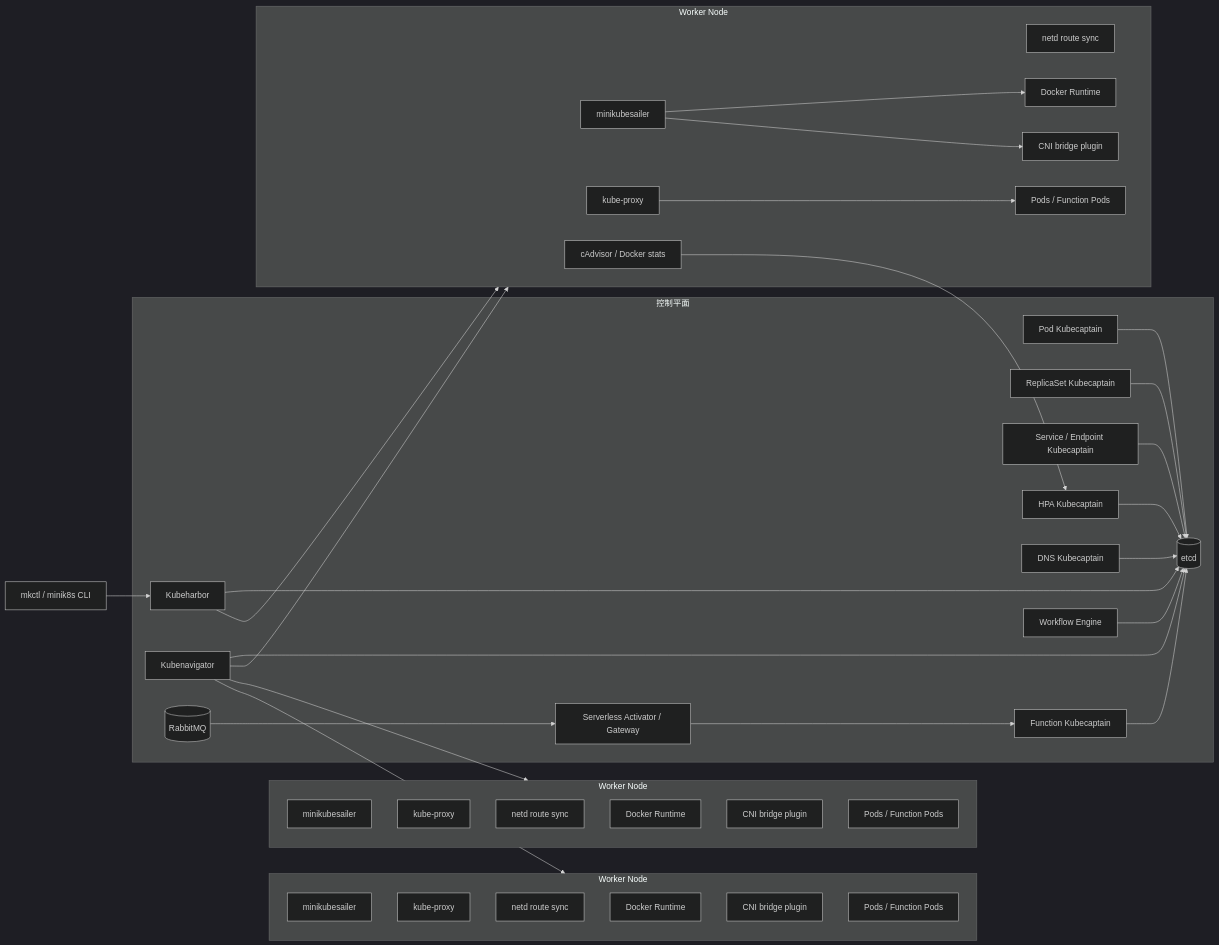
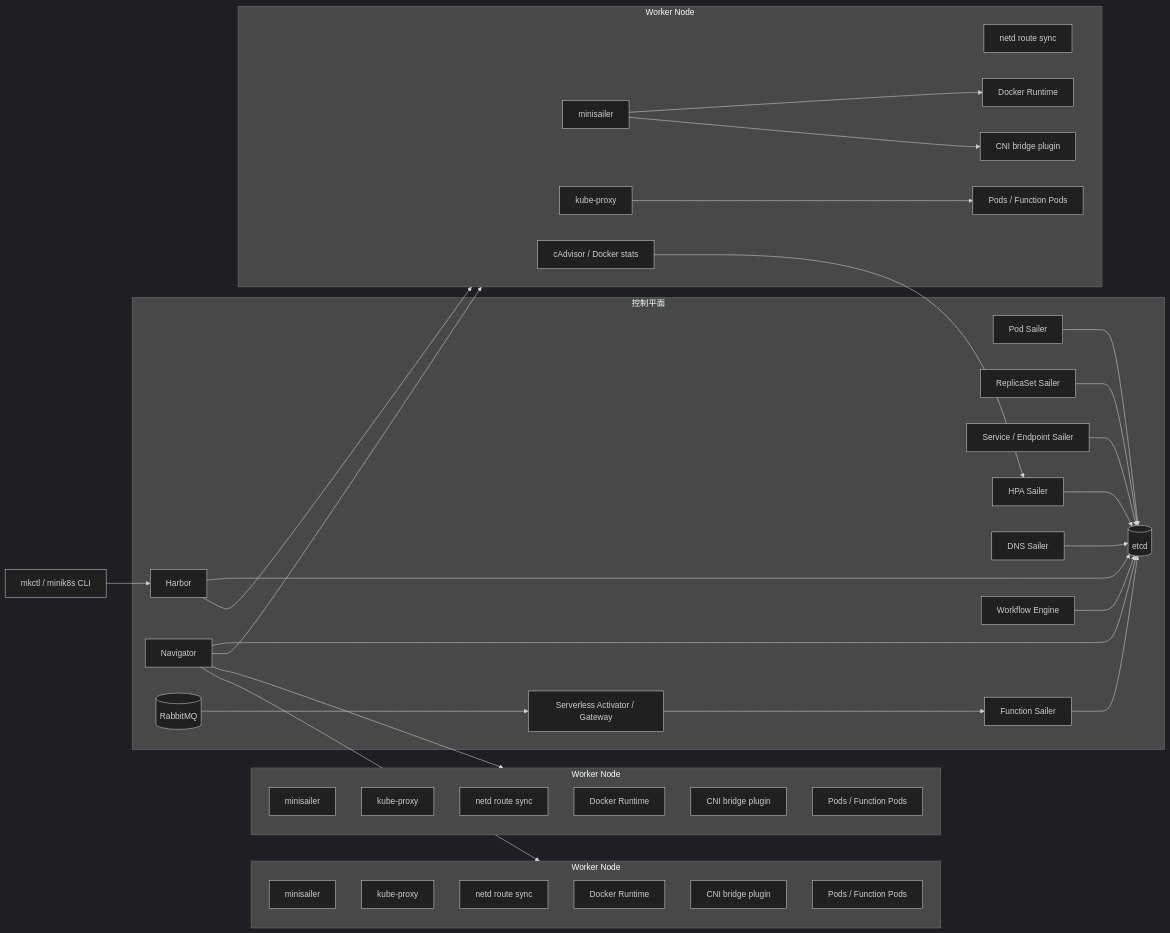
The diagram in docs/PLAN.md (Popc0rn7/minik8s), drawn with Mermaid (dark theme) before and after one commit. The commit also changed other lines of this file and 74 other files, not shown here.

````diff
--- a/docs/PLAN.md
+++ b/docs/PLAN.md
@@ -17,57 +17,57 @@
 ```mermaid
 flowchart LR
-  CLI[mkctl / minik8s CLI] --> Kubeharbor[Kubeharbor]
+  CLI[mkctl / minik8s CLI] --> Harbor[Harbor]
 
   subgraph ControlPlane[控制平面]
-    Kubeharbor --> Store[(etcd)]
-    Kubenavigator[Kubenavigator] --> Store
-    PodCtrl[Pod Kubecaptain] --> Store
-    RSCtrl[ReplicaSet Kubecaptain] --> Store
-    ServiceCtrl[Service / Endpoint Kubecaptain] --> Store
-    HPACtrl[HPA Kubecaptain] --> Store
-    DNSCtrl[DNS Kubecaptain] --> Store
+    Harbor --> Store[(etcd)]
+    Navigator[Navigator] --> Store
+    PodCtrl[Pod Sailer] --> Store
+    RSCtrl[ReplicaSet Sailer] --> Store
+    ServiceCtrl[Service / Endpoint Sailer] --> Store
+    HPACtrl[HPA Sailer] --> Store
+    DNSCtrl[DNS Sailer] --> Store
 
-    FnCtrl[Function Kubecaptain] --> Store
+    FnCtrl[Function Sailer] --> Store
     Workflow[Workflow Engine] --> Store
     Activator[Serverless Activator / Gateway] --> FnCtrl
     EventBus[(RabbitMQ)] --> Activator
   end
 
-  Kubeharbor --> NodeA
-  Kubenavigator --> NodeA
-  Kubenavigator --> NodeB
-  Kubenavigator --> NodeC
+  Harbor --> NodeA
+  Navigator --> NodeA
+  Navigator --> NodeB
+  Navigator --> NodeC
 
   subgraph NodeA[Worker Node]
-    KubesailerA[minikubesailer]
+    SailerA[minisailer]
     ProxyA[kube-proxy]
     NetdA[netd route sync]
     RuntimeA[Docker Runtime]
     CNIA[CNI bridge plugin]
     MetricsA[cAdvisor / Docker stats]
     PodsA[Pods / Function Pods]
 
-    KubesailerA --> RuntimeA
-    KubesailerA --> CNIA
+    SailerA --> RuntimeA
+    SailerA --> CNIA
     ProxyA --> PodsA
     MetricsA --> HPACtrl
   end
 
   subgraph NodeB[Worker Node]
-    KubesailerB[minikubesailer]
+    SailerB[minisailer]
     ProxyB[kube-proxy]
     NetdB[netd route sync]
     RuntimeB[Docker Runtime]
     CNIB[CNI bridge plugin]
     PodsB[Pods / Function Pods]
   end
 
   subgraph NodeC[Worker Node]
-    KubesailerC[minikubesailer]
+    SailerC[minisailer]
     ProxyC[kube-proxy]
     NetdC[netd route sync]
     RuntimeC[Docker Runtime]
     CNIC[CNI bridge plugin]
     PodsC[Pods / Function Pods]
   end
 ```
````
